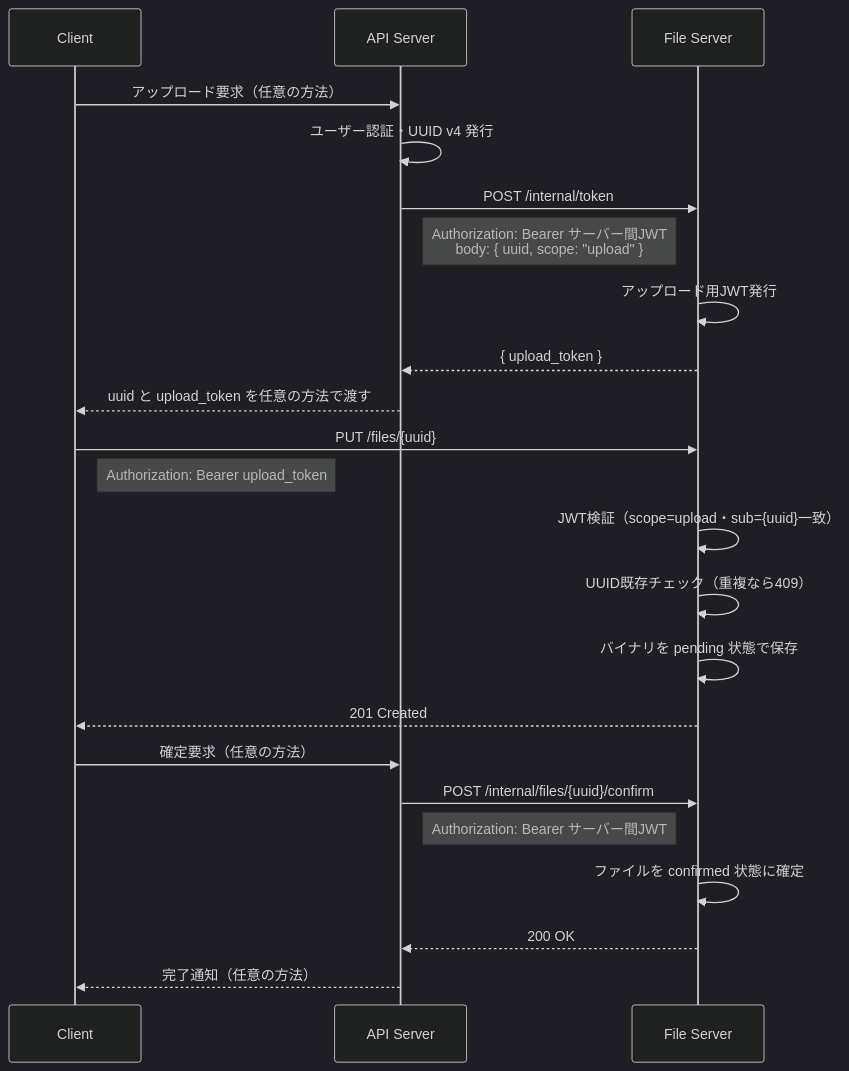
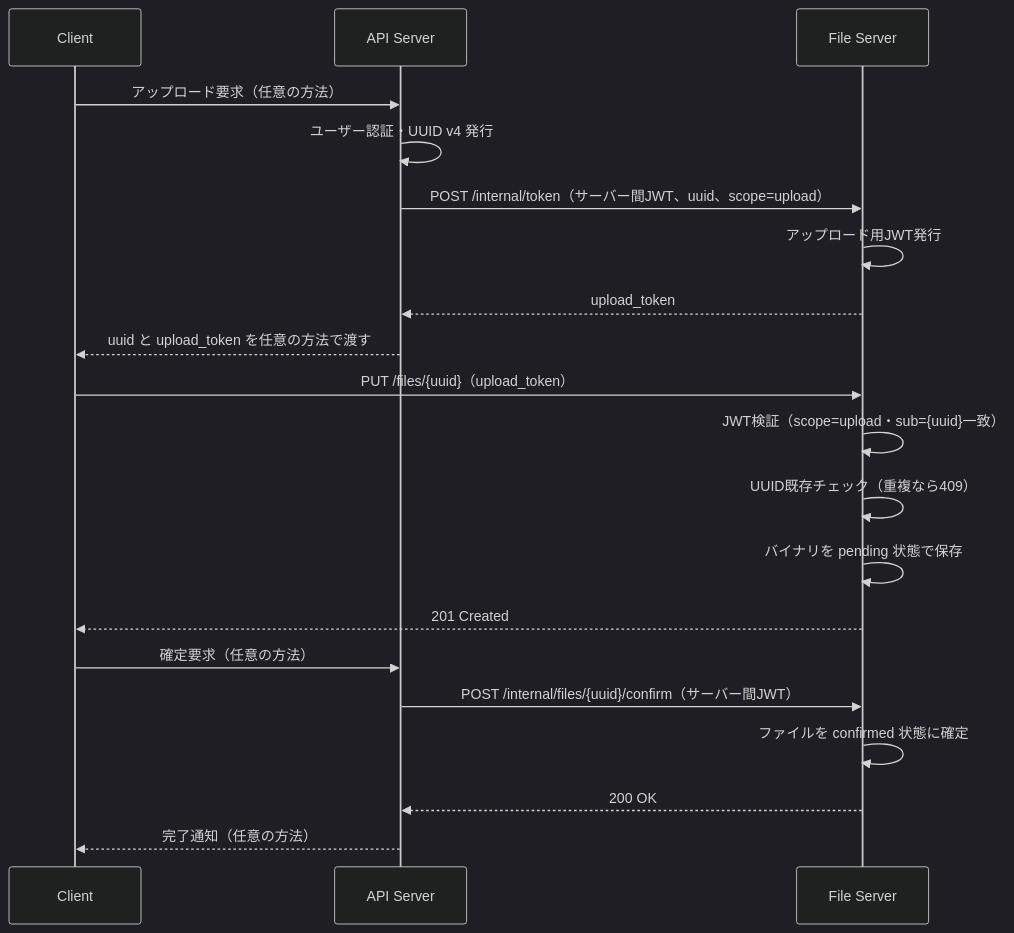
Before and after one commit to kigawa01/kaft: the second of 5 diagrams in docs/spec.md, drawn with Mermaid (dark theme). The commit also changed other lines of this file, not shown here.

Commit message:
plan: MermaidのNote除去・コロン起因のパースエラーを解消 refs #2

````diff
--- a/docs/spec.md
+++ b/docs/spec.md
@@ -116,28 +116,25 @@
 ```mermaid
 sequenceDiagram
     participant C as Client
     participant A as API Server
     participant F as File Server
 
     C->>A: アップロード要求（任意の方法）
     A->>A: ユーザー認証・UUID v4 発行
-    A->>F: POST /internal/token
-    Note right of A: Authorization: Bearer サーバー間JWT<br/>body: { uuid, scope: "upload" }
+    A->>F: POST /internal/token（サーバー間JWT、uuid、scope=upload）
     F->>F: アップロード用JWT発行
-    F-->>A: { upload_token }
+    F-->>A: upload_token
     A-->>C: uuid と upload_token を任意の方法で渡す
 
-    C->>F: PUT /files/{uuid}
-    Note right of C: Authorization: Bearer upload_token
+    C->>F: PUT /files/{uuid}（upload_token）
     F->>F: JWT検証（scope=upload・sub={uuid}一致）
     F->>F: UUID既存チェック（重複なら409）
     F->>F: バイナリを pending 状態で保存
     F-->>C: 201 Created
 
     C->>A: 確定要求（任意の方法）
-    A->>F: POST /internal/files/{uuid}/confirm
-    Note right of A: Authorization: Bearer サーバー間JWT
+    A->>F: POST /internal/files/{uuid}/confirm（サーバー間JWT）
     F->>F: ファイルを confirmed 状態に確定
     F-->>A: 200 OK
     A-->>C: 完了通知（任意の方法）
 ```
````
